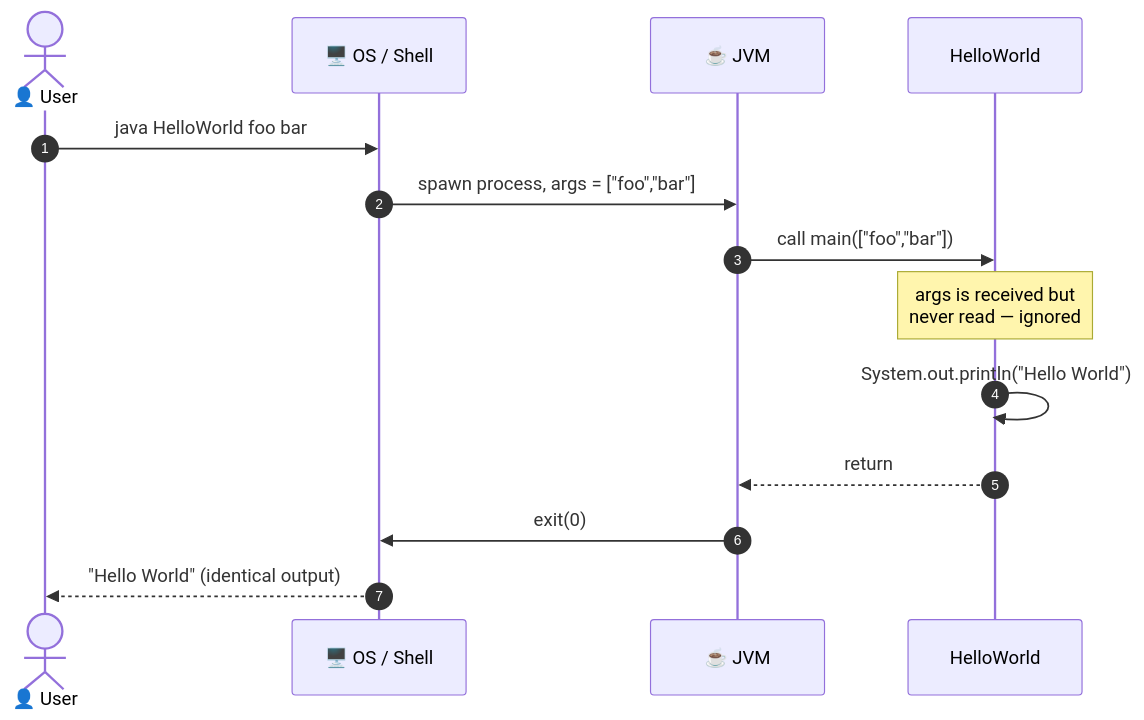
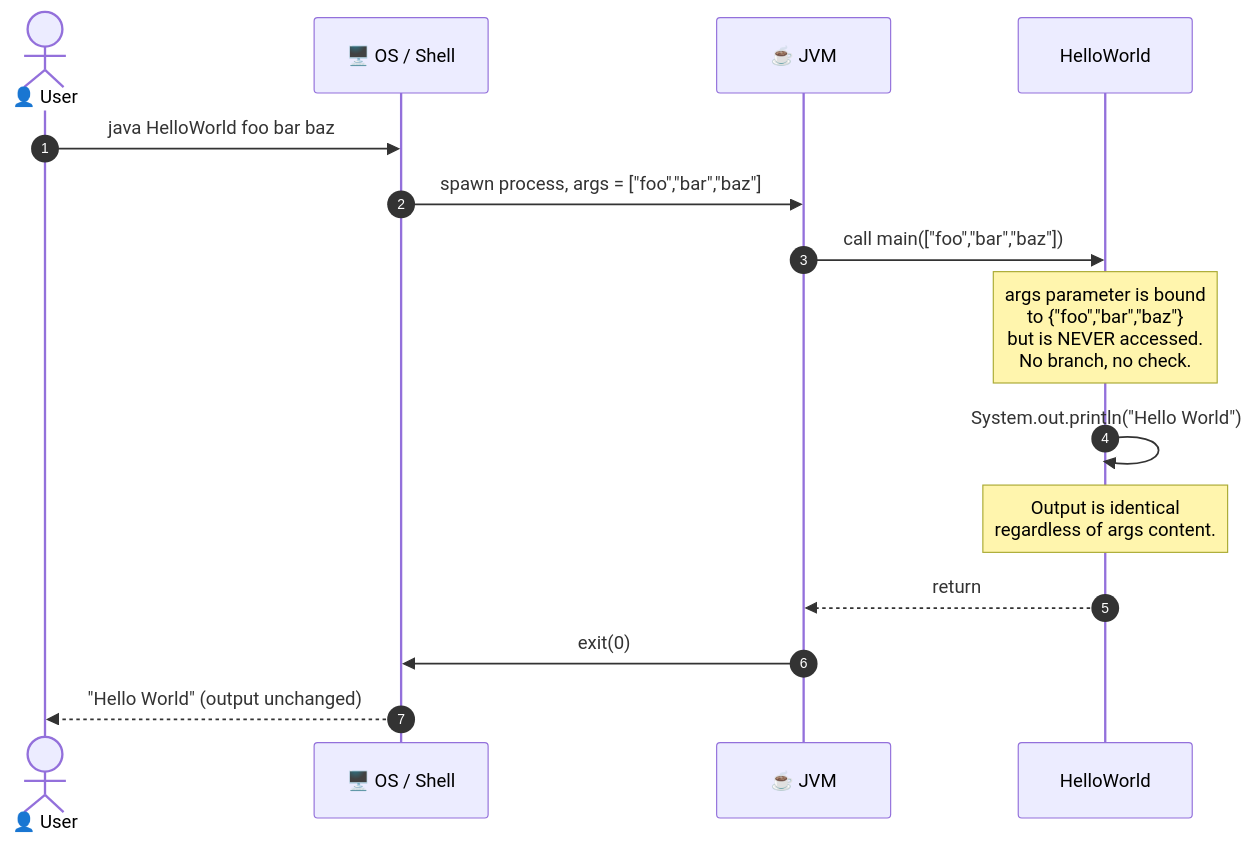
One commit to ktruchcz/copilot-test-ktruchcz changed the tenth of 25 diagrams in arc42-documentation.md. Above: the diagram before and after it, drawn with Mermaid. The commit also changed other lines of this file, not shown here.

First line of the commit message:
Generate comprehensive Arc42 architecture documentation v2.0.0

````diff
--- a/arc42-documentation.md
+++ b/arc42-documentation.md
@@ -305,17 +601,18 @@
 ```mermaid
 sequenceDiagram
     autonumber
     actor User as 👤 User
     participant OS as 🖥️ OS / Shell
     participant JVM as ☕ JVM
     participant HW as HelloWorld
 
-    User->>OS: java HelloWorld foo bar
-    OS->>JVM: spawn process, args = ["foo","bar"]
-    JVM->>HW: call main(["foo","bar"])
-    Note over HW: args is received but<br/>never read — ignored
+    User->>OS: java HelloWorld foo bar baz
+    OS->>JVM: spawn process, args = ["foo","bar","baz"]
+    JVM->>HW: call main(["foo","bar","baz"])
+    Note over HW: args parameter is bound<br/>to {"foo","bar","baz"}<br/>but is NEVER accessed.<br/>No branch, no check.
     HW->>HW: System.out.println("Hello World")
+    Note over HW: Output is identical<br/>regardless of args content.
     HW-->>JVM: return
     JVM->>OS: exit(0)
-    OS-->>User: "Hello World" (identical output)
+    OS-->>User: "Hello World" (output unchanged)
 ```
````
